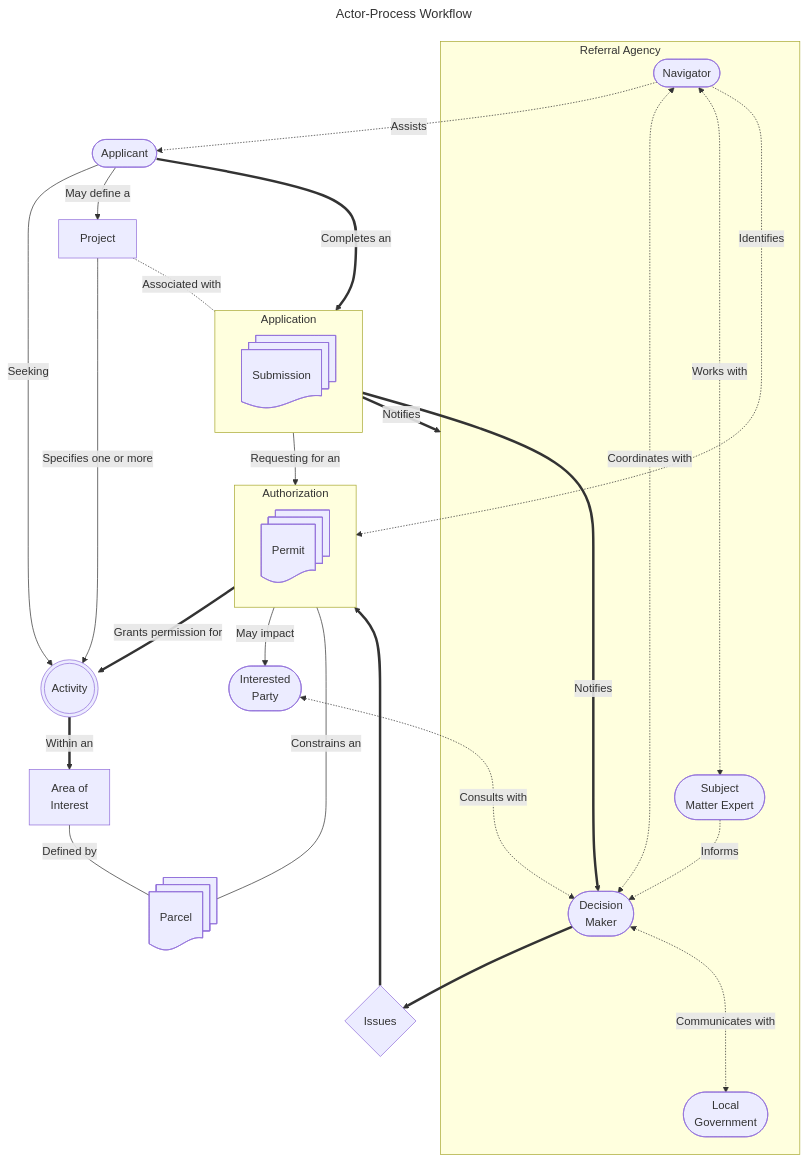
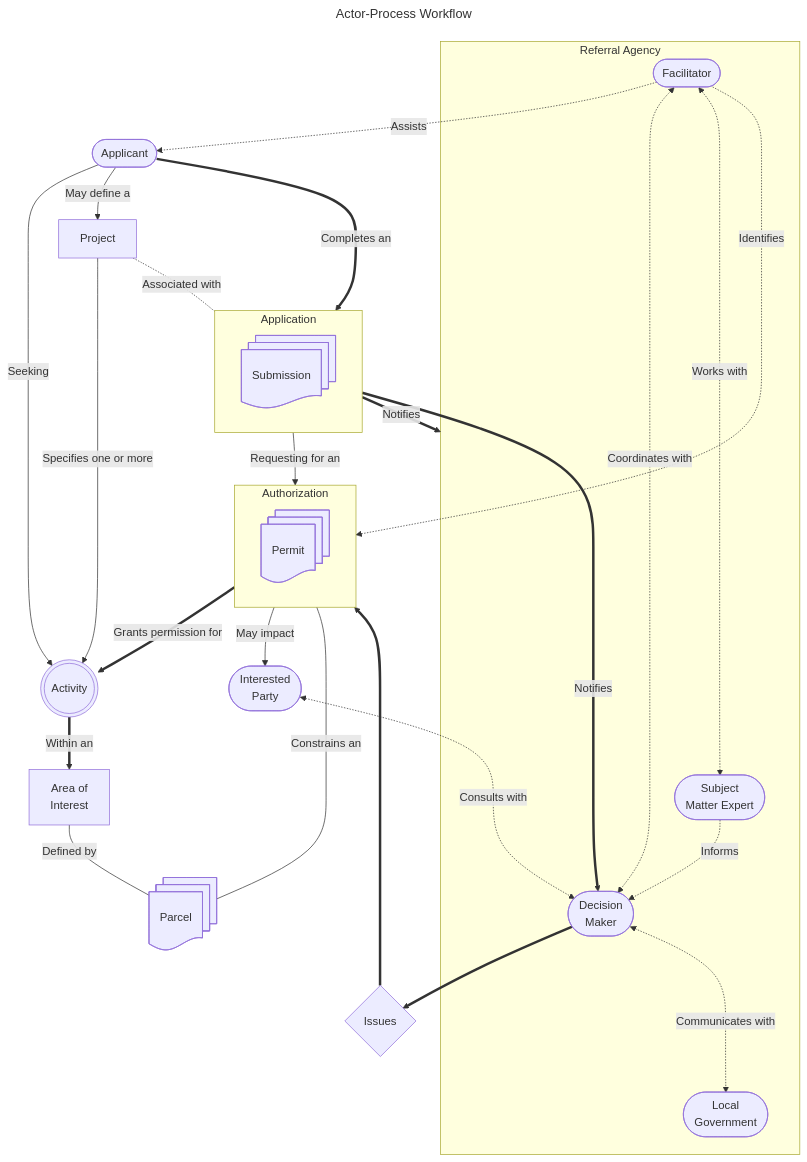
One commit to bcgov/nr-pies changed the first of 2 diagrams in docs/intro/terminology.md. Above: the diagram before and after it, drawn with Mermaid. The commit also changed other lines of this file, not shown here.

Commit message:
Introduce facilitator definition

````diff
--- a/docs/intro/terminology.md
+++ b/docs/intro/terminology.md
@@ -62,59 +63,59 @@
 ```mermaid
 ---
 title: Actor-Process Workflow
 ---
 %% v11 broke and made all links have arrow heads
 %% Ref: https://github.com/mermaid-js/mermaid/issues/5813
 flowchart TB
   Activity@{ shape: dbl-circ }
   Applicant@{ shape: stadium }
   AOI@{ shape: rect, label: "Area of
     Interest" }
   DM@{ shape: stadium, label: "Decision
     Maker" }
+  Facilitator@{ shape: stadium }
   IP@{ shape: stadium, label: "Interested
     Party" }
   Issues@{ shape: diamond }
   LG@{ shape: stadium, label: "Local
     Government" }
-  Navigator@{ shape: stadium }
   Parcel@{ shape: docs }
   Permit@{ shape: docs }
   SME@{ shape: stadium, label: "Subject
     Matter Expert" }
   Submission@{ shape: docs }
 
   Activity ==>|Within an| AOI
   AOI ---|Defined by| Parcel
   Applicant -->|Seeking| Activity
   Applicant -->|May define a| Project
   Applicant ==>|Completes an| Application
   Application -->|Requesting for an| Authorization
   Application ==>|Notifies| RA & DM
   Authorization ==>|Grants permission for| Activity
   Authorization -->|May impact| IP
   DM ==> Issues ==> Authorization
   DM <-..->|Communicates with| LG
+  Facilitator -.->|Identifies| Authorization
+  Facilitator -.->|Assists| Applicant
+  Facilitator <-.->|Coordinates with| DM
+  Facilitator <-.->|Works with| SME
   IP <-..->|Consults with| DM
-  Navigator -.->|Identifies| Authorization
-  Navigator -.->|Assists| Applicant
-  Navigator <-.->|Coordinates with| DM
-  Navigator <-.->|Works with| SME
   Parcel ---|Constrains an| Authorization
   Project -->|Specifies one or more| Activity
   Project -.-|Associated with| Application
   SME -.->|Informs| DM
 
   subgraph Application
     Submission
   end
   subgraph Authorization
     Permit
   end
   subgraph RA[Referral Agency]
     DM
+    Facilitator
     LG
-    Navigator
     SME
   end
 ```
````
